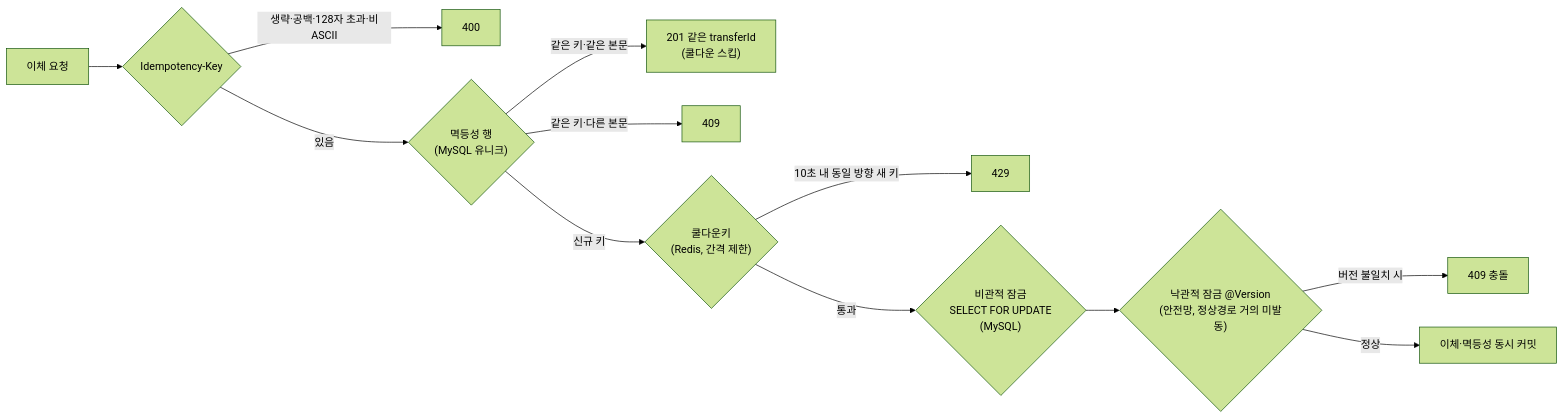
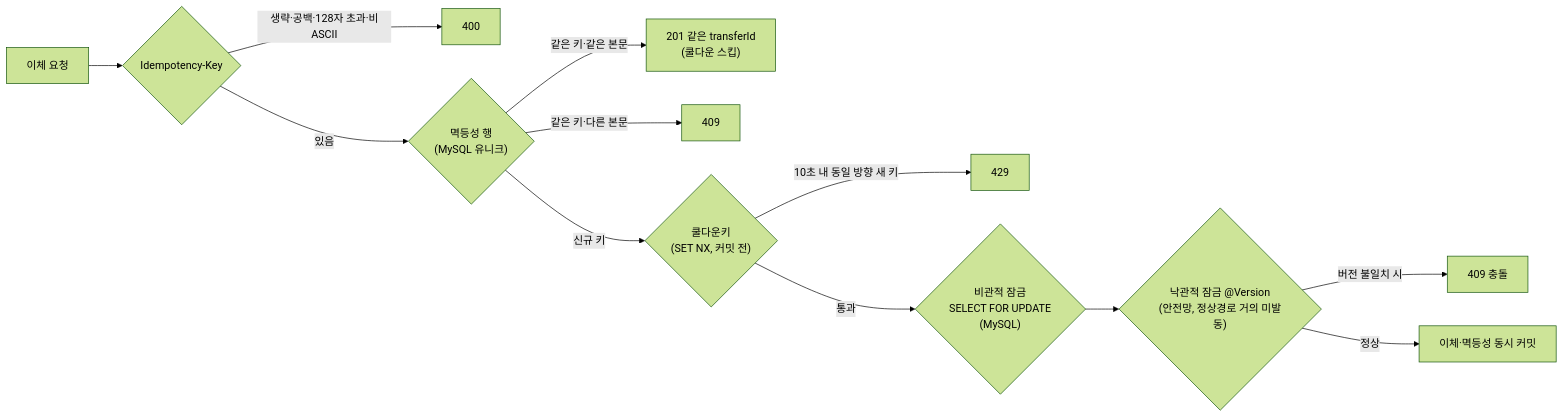
Before and after one commit to Pray-T/BankTransferSys_Backend_Restful: the third of 3 diagrams in README.md, drawn with Mermaid (forest theme). The commit also changed other lines of this file and 4 other files, not shown here.

````diff
--- a/README.md
+++ b/README.md
@@ -340,14 +344,14 @@
 ```mermaid
 graph LR
     REQ["이체 요청"] --> KEY{"Idempotency-Key"}
     KEY -->|"생략·공백·128자 초과·비ASCII"| R0["400"]
     KEY -->|"있음"| ID{"멱등성 행\n(MySQL 유니크)"}
     ID -->|"같은 키·같은 본문"| R3["201 같은 transferId\n(쿨다운 스킵)"]
     ID -->|"같은 키·다른 본문"| R5["409"]
-    ID -->|"신규 키"| CD{"쿨다운키\n(Redis, 간격 제한)"}
+    ID -->|"신규 키"| CD{"쿨다운키\n(SET NX, 커밋 전)"}
     CD -->|"10초 내 동일 방향 새 키"| R1["429"]
     CD -->|"통과"| PL{"비관적 잠금\nSELECT FOR UPDATE\n(MySQL)"}
     PL --> OL{"낙관적 잠금 @Version\n(안전망, 정상경로 거의 미발동)"}
     OL -->|"버전 불일치 시"| R4["409 충돌"]
     OL -->|"정상"| OK["이체·멱등성 동시 커밋"]
 ```
````
